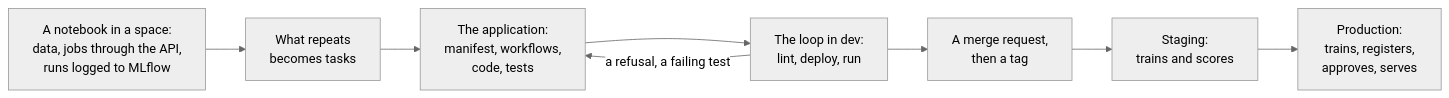
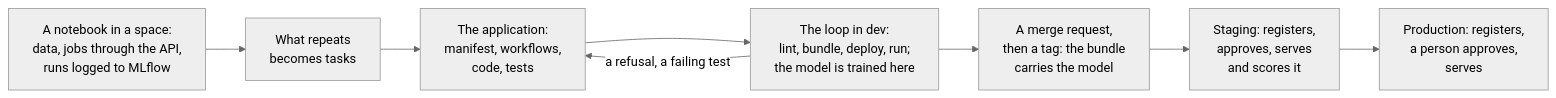
One commit to felipenoris/AWS-DataScience changed the diagram in docs/plan/runbooks/sagemaker-ai-ml.md. Above: the diagram before and after it, drawn with Mermaid (neutral theme). The commit also changed other lines of this file, not shown here.

````diff
--- a/docs/plan/runbooks/sagemaker-ai-ml.md
+++ b/docs/plan/runbooks/sagemaker-ai-ml.md
@@ -558,12 +717,12 @@
 ```mermaid
 flowchart LR
   nb["A notebook in a space:<br/>data, jobs through the API,<br/>runs logged to MLflow"]
   line["What repeats<br/>becomes tasks"]
   app["The application:<br/>manifest, workflows,<br/>code, tests"]
-  dev["The loop in dev:<br/>lint, deploy, run"]
-  tag["A merge request,<br/>then a tag"]
-  stg["Staging:<br/>trains and scores"]
-  prod["Production:<br/>trains, registers,<br/>approves, serves"]
+  dev["The loop in dev:<br/>lint, bundle, deploy, run;<br/>the model is trained here"]
+  tag["A merge request,<br/>then a tag: the bundle<br/>carries the model"]
+  stg["Staging: registers,<br/>approves, serves<br/>and scores it"]
+  prod["Production: registers,<br/>a person approves,<br/>serves"]
   nb --> line --> app --> dev --> tag --> stg --> prod
   dev -->|"a refusal, a failing test"| app
 ```
````
